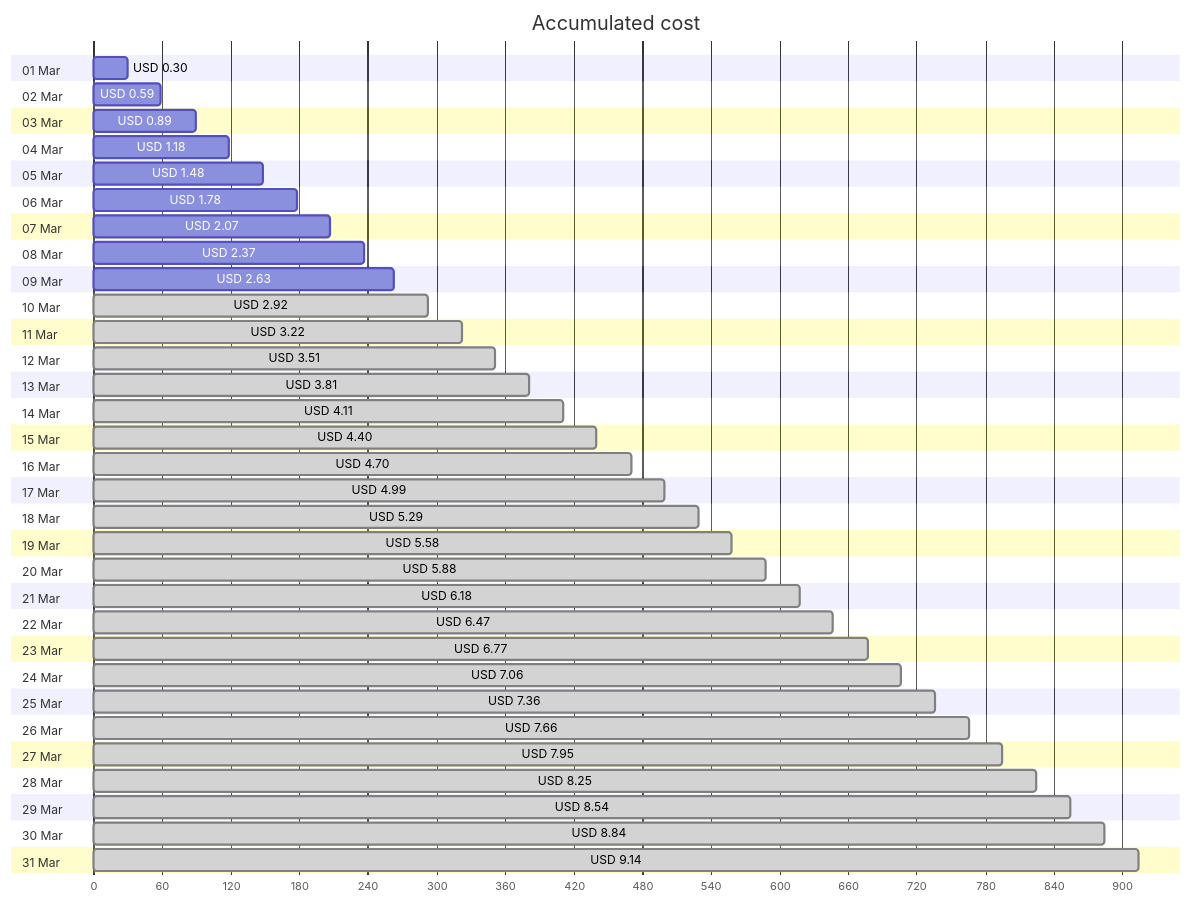
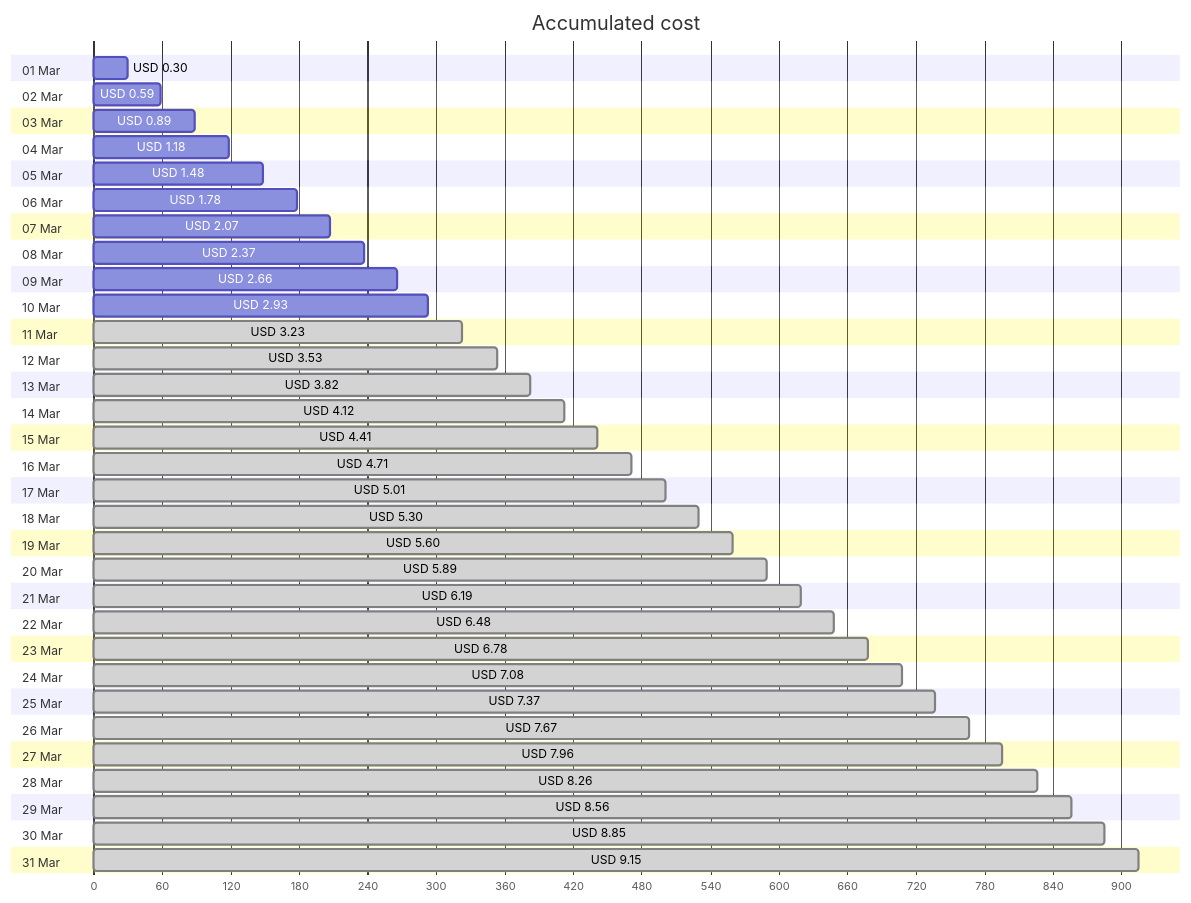
The first of 4 diagrams in cost-reports/personal-site/personal-site.md (jpfulton/azure-personal-reports), drawn with Mermaid before and after one commit. The commit also changed other lines of this file and 6 other files, not shown here.

````diff
--- a/cost-reports/personal-site/personal-site.md
+++ b/cost-reports/personal-site/personal-site.md
@@ -20,68 +20,68 @@
 ```mermaid
 gantt
    title Accumulated cost
    dateFormat  X
    axisFormat %s
    section 01 Mar
    USD 0.30 :0, 30
    section 02 Mar
    USD 0.59 :0, 59
    section 03 Mar
    USD 0.89 :0, 89
    section 04 Mar
    USD 1.18 :0, 118
    section 05 Mar
    USD 1.48 :0, 148
    section 06 Mar
    USD 1.78 :0, 178
    section 07 Mar
    USD 2.07 :0, 207
    section 08 Mar
    USD 2.37 :0, 237
    section 09 Mar
-   USD 2.63 :0, 263
+   USD 2.66 :0, 266
    section 10 Mar
-   USD 2.92 : done, 0, 292
+   USD 2.93 :0, 293
    section 11 Mar
-   USD 3.22 : done, 0, 322
+   USD 3.23 : done, 0, 323
    section 12 Mar
-   USD 3.51 : done, 0, 351
+   USD 3.53 : done, 0, 353
    section 13 Mar
-   USD 3.81 : done, 0, 381
+   USD 3.82 : done, 0, 382
    section 14 Mar
-   USD 4.11 : done, 0, 411
+   USD 4.12 : done, 0, 412
    section 15 Mar
-   USD 4.40 : done, 0, 440
+   USD 4.41 : done, 0, 441
    section 16 Mar
-   USD 4.70 : done, 0, 470
+   USD 4.71 : done, 0, 471
    section 17 Mar
-   USD 4.99 : done, 0, 499
+   USD 5.01 : done, 0, 501
    section 18 Mar
-   USD 5.29 : done, 0, 529
+   USD 5.30 : done, 0, 530
    section 19 Mar
-   USD 5.58 : done, 0, 558
+   USD 5.60 : done, 0, 560
    section 20 Mar
-   USD 5.88 : done, 0, 588
+   USD 5.89 : done, 0, 589
    section 21 Mar
-   USD 6.18 : done, 0, 618
+   USD 6.19 : done, 0, 619
    section 22 Mar
-   USD 6.47 : done, 0, 647
+   USD 6.48 : done, 0, 648
    section 23 Mar
-   USD 6.77 : done, 0, 677
+   USD 6.78 : done, 0, 678
    section 24 Mar
-   USD 7.06 : done, 0, 706
+   USD 7.08 : done, 0, 708
    section 25 Mar
-   USD 7.36 : done, 0, 736
+   USD 7.37 : done, 0, 737
    section 26 Mar
-   USD 7.66 : done, 0, 766
+   USD 7.67 : done, 0, 767
    section 27 Mar
-   USD 7.95 : done, 0, 795
+   USD 7.96 : done, 0, 796
    section 28 Mar
-   USD 8.25 : done, 0, 825
+   USD 8.26 : done, 0, 826
    section 29 Mar
-   USD 8.54 : done, 0, 854
+   USD 8.56 : done, 0, 856
    section 30 Mar
-   USD 8.84 : done, 0, 884
+   USD 8.85 : done, 0, 885
    section 31 Mar
-   USD 9.14 : done, 0, 914
+   USD 9.15 : done, 0, 915
 ```
````
